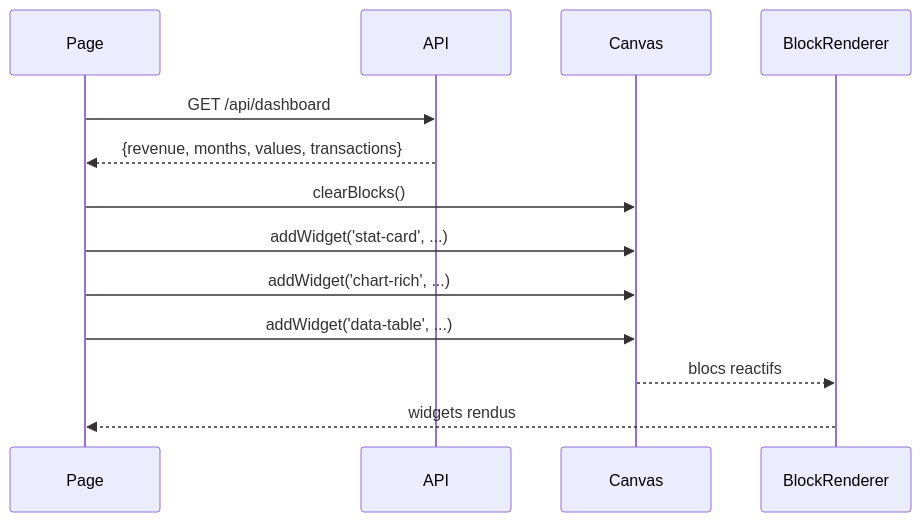
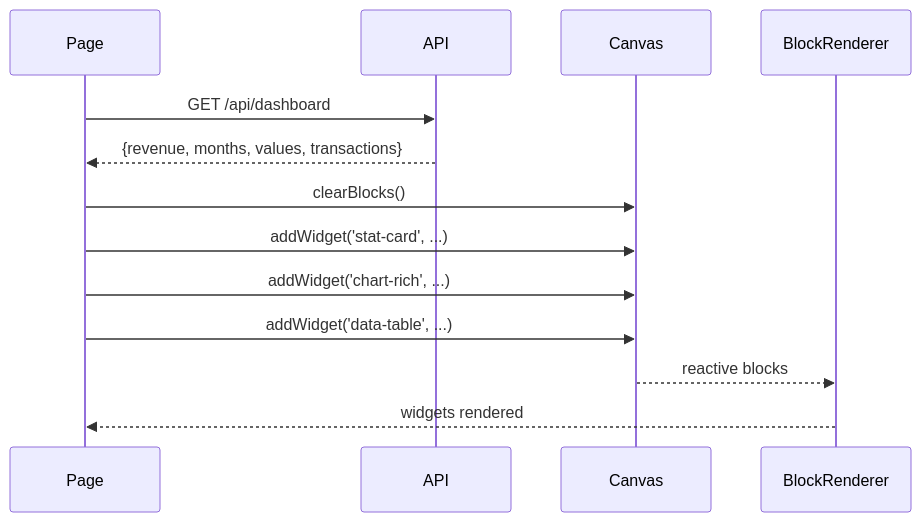
The second of 2 diagrams in docs/starlight/src/content/docs/tutorials/use-existing-widgets.mdx (jeanbaptiste/webmcp-auto-ui), drawn with Mermaid before and after one commit. The commit also changed other lines of this file and 94 other files, not shown here.

````diff
--- a/docs/starlight/src/content/docs/tutorials/use-existing-widgets.mdx
+++ b/docs/starlight/src/content/docs/tutorials/use-existing-widgets.mdx
@@ -602,16 +446,16 @@
 ```mermaid
 sequenceDiagram
     participant Page
     participant API
     participant Canvas
     participant BR as BlockRenderer
 
     Page->>API: GET /api/dashboard
     API-->>Page: {revenue, months, values, transactions}
     Page->>Canvas: clearBlocks()
     Page->>Canvas: addWidget('stat-card', ...)
     Page->>Canvas: addWidget('chart-rich', ...)
     Page->>Canvas: addWidget('data-table', ...)
-    Canvas-->>BR: blocs reactifs
-    BR-->>Page: widgets rendus
+    Canvas-->>BR: reactive blocks
+    BR-->>Page: widgets rendered
 ```
````
